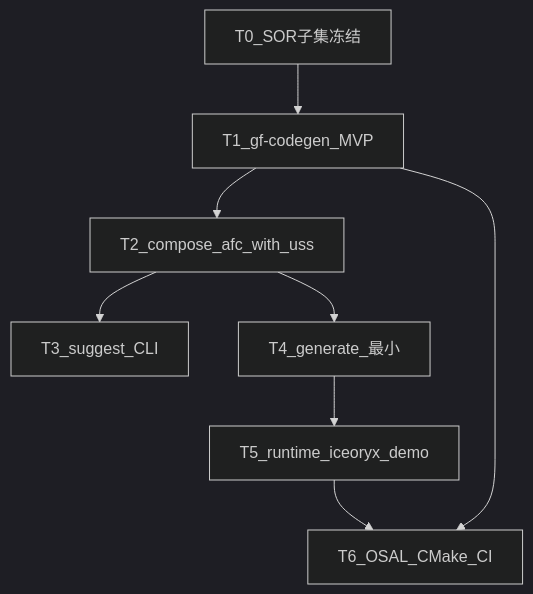
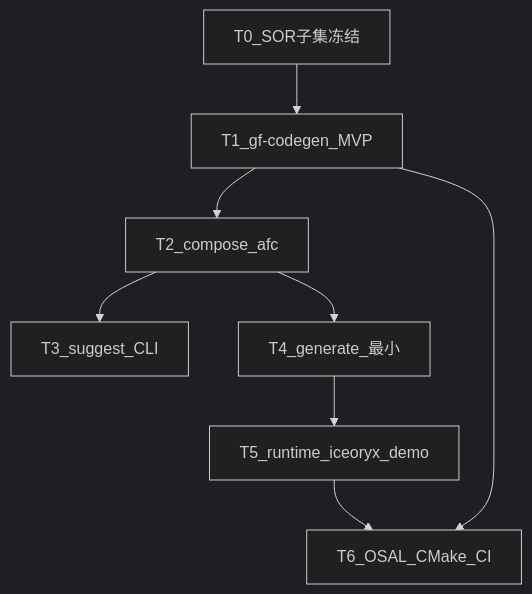
One commit to xinyu2004/AI_Giraffe-Flow changed the diagram in docs/zh/operations/P0_PLAN.md. Above: the diagram before and after it, drawn with Mermaid (dark theme). The commit also changed other lines of this file and 315 other files, not shown here.

````diff
--- a/docs/zh/operations/P0_PLAN.md
+++ b/docs/zh/operations/P0_PLAN.md
@@ -51,17 +51,17 @@
 ```mermaid
 flowchart TD
   T0[T0_SOR子集冻结]
   T1[T1_gf-codegen_MVP]
-  T2[T2_compose_afc_with_uss]
+  T2[T2_compose_afc]
   T3[T3_suggest_CLI]
   T4[T4_generate_最小]
   T5[T5_runtime_iceoryx_demo]
   T6[T6_OSAL_CMake_CI]
   T0 --> T1
   T1 --> T2
   T2 --> T3
   T2 --> T4
   T4 --> T5
   T5 --> T6
   T1 --> T6
 ```
````
